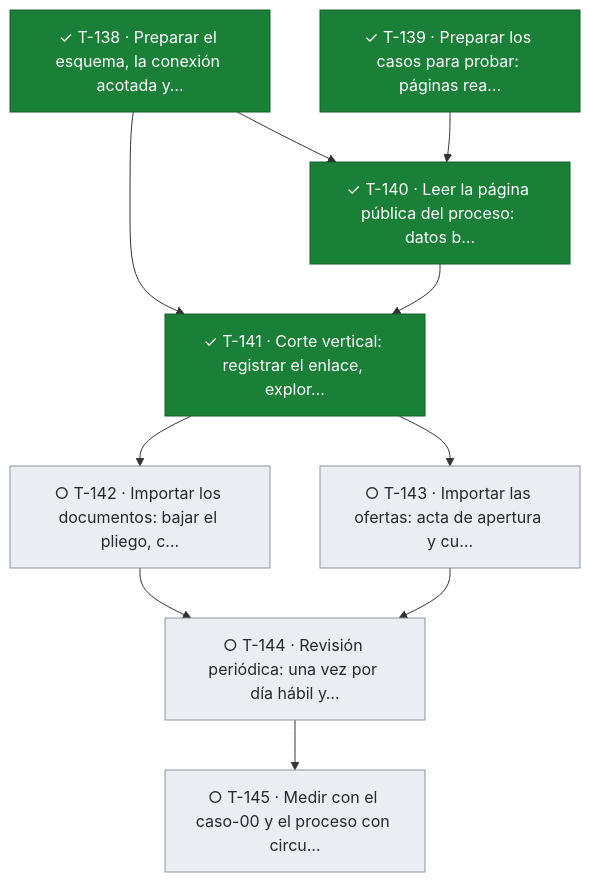
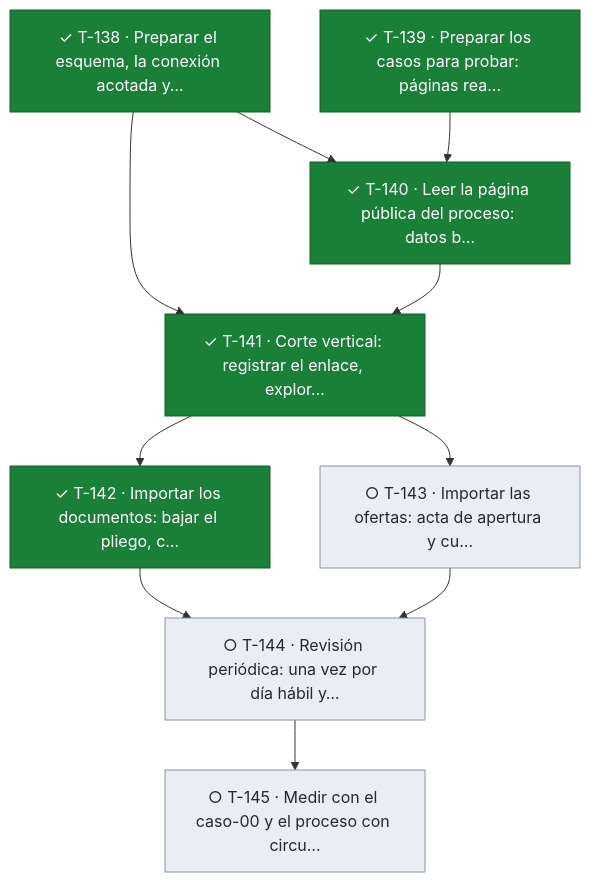
One commit to snavello/EVALUON changed the ninth of 9 diagrams in docs/tablero.md. Above: the diagram before and after it, drawn with Mermaid. The commit also changed other lines of this file and 1 other file, not shown here.

````diff
--- a/docs/tablero.md
+++ b/docs/tablero.md
@@ -754,25 +754,25 @@
 ```mermaid
 flowchart TD
   T138["✓ T-138 · Preparar el esquema, la conexión acotada y…"]:::done
   T139["✓ T-139 · Preparar los casos para probar: páginas rea…"]:::done
   T140["✓ T-140 · Leer la página pública del proceso: datos b…"]:::done
   T141["✓ T-141 · Corte vertical: registrar el enlace, explor…"]:::done
-  T142["○ T-142 · Importar los documentos: bajar el pliego, c…"]:::todo
+  T142["✓ T-142 · Importar los documentos: bajar el pliego, c…"]:::done
   T143["○ T-143 · Importar las ofertas: acta de apertura y cu…"]:::todo
   T144["○ T-144 · Revisión periódica: una vez por día hábil y…"]:::todo
   T145["○ T-145 · Medir con el caso-00 y el proceso con circu…"]:::todo
   T138 --> T140
   T139 --> T140
   T138 --> T141
   T140 --> T141
   T141 --> T142
   T141 --> T143
   T142 --> T144
   T143 --> T144
   T144 --> T145
   classDef done fill:#1a7f37,stroke:#116329,color:#ffffff
   classDef review fill:#0969da,stroke:#0550ae,color:#ffffff
   classDef active fill:#bf8700,stroke:#7d4e00,color:#ffffff
   classDef blocked fill:#cf222e,stroke:#a40e26,color:#ffffff
   classDef todo fill:#eaeef2,stroke:#8c959f,color:#24292f
 ```
````
